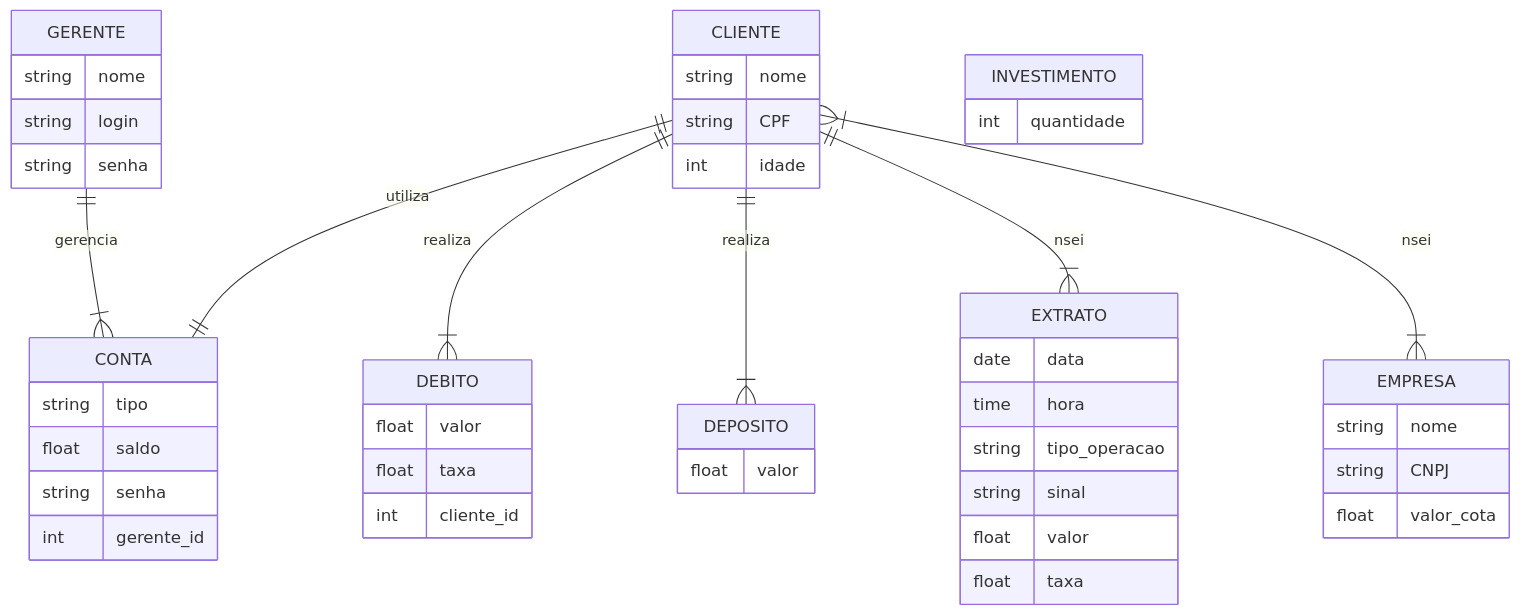
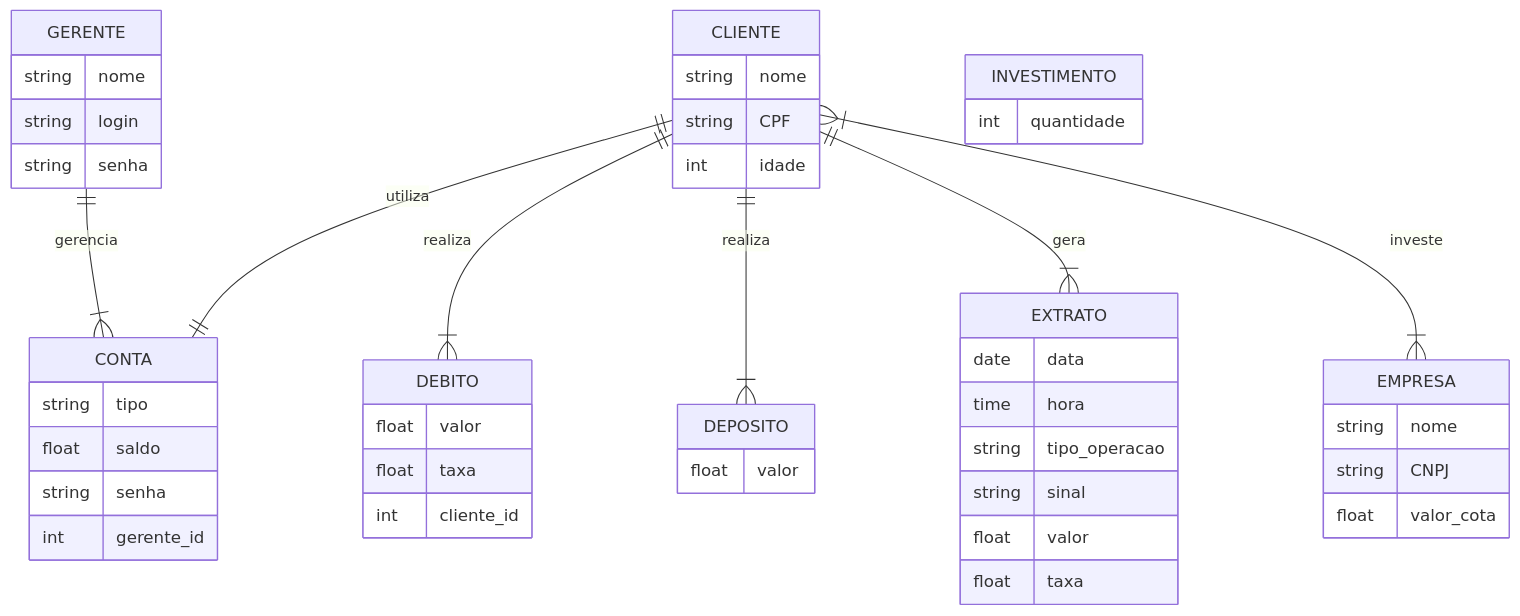
The first of 2 diagrams in README.md (iagorosa28/banco_quempoupatem_banco_de_dados), drawn with Mermaid before and after one commit.

```diff
--- a/README.md
+++ b/README.md
@@ -88,8 +88,8 @@
     CLIENTE  || -- |{ DEPOSITO : realiza
     %%DEBITO   || -- || TRANSFERENCIA : nsei
     %%DEPOSITO || -- || TRANSFERENCIA : nsei 
-    CLIENTE  || -- |{ EXTRATO : nsei
-    CLIENTE  }| -- |{ EMPRESA : nsei 
+    CLIENTE  || -- |{ EXTRATO : gera
+    CLIENTE  }| -- |{ EMPRESA : investe 
 
   %%  CLIENTE || -- |{ TRANSFERENCIA : faz_ou_recebe
    %% CLIENTE || -- |{ EXTRATO : consulta
```
